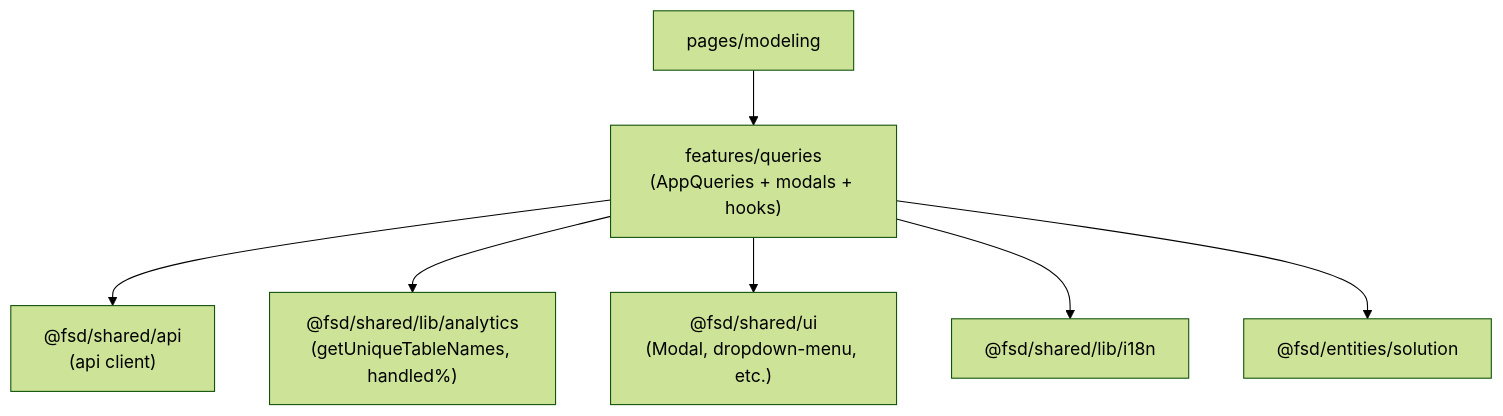
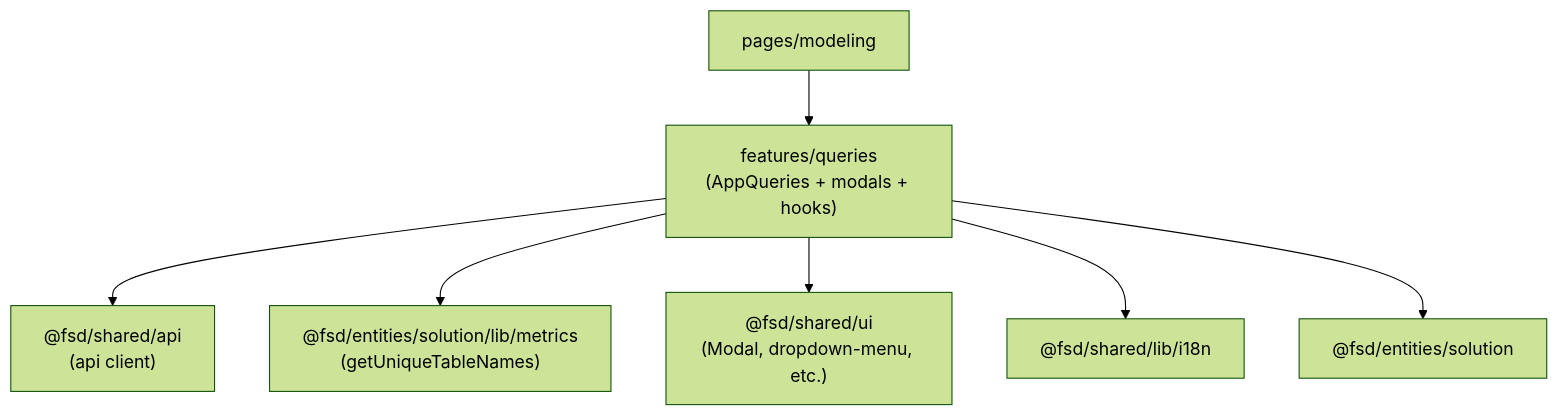
The sixth of 9 diagrams in docs/architecture/frontend-fsd-architecture.md (QOLQA/DBCapibara-next), drawn with Mermaid (forest theme) before and after one commit. The commit also changed other lines of this file and 12 other files, not shown here.

Commit message:
refactor(fsd): rename solution/lib/analytics to lib/metrics

````diff
--- a/docs/architecture/frontend-fsd-architecture.md
+++ b/docs/architecture/frontend-fsd-architecture.md
@@ -212,9 +213,9 @@
 ```mermaid
 flowchart TB
   pageCanva["pages/modeling"] --> featQueries["features/queries\n(AppQueries + modals + hooks)"]
   featQueries --> sharedApi["@fsd/shared/api\n(api client)"]
-  featQueries --> sharedLibAnalytics["@fsd/shared/lib/analytics\n(getUniqueTableNames, handled%)"]
+  featQueries --> entSolutionLibMetrics["@fsd/entities/solution/lib/metrics\n(getUniqueTableNames)"]
   featQueries --> sharedUi["@fsd/shared/ui\n(Modal, dropdown-menu, etc.)"]
   featQueries --> sharedLibI18n["@fsd/shared/lib/i18n"]
   featQueries --> entSolution["@fsd/entities/solution"]
 ```
````
